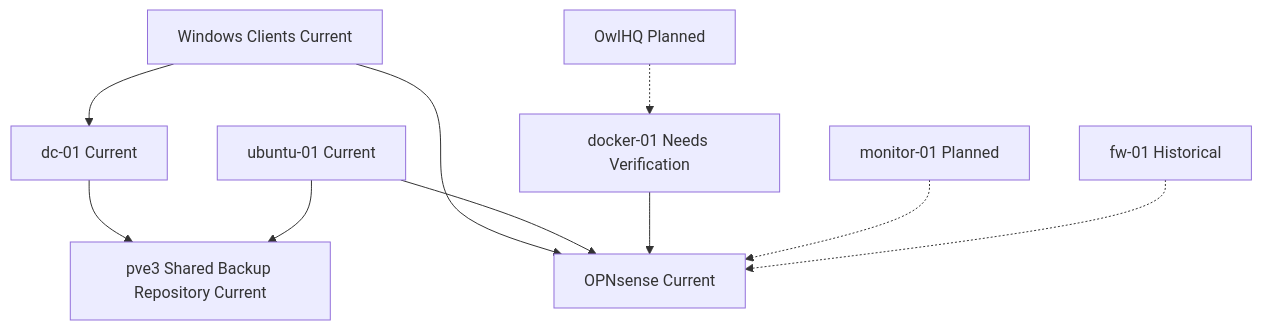
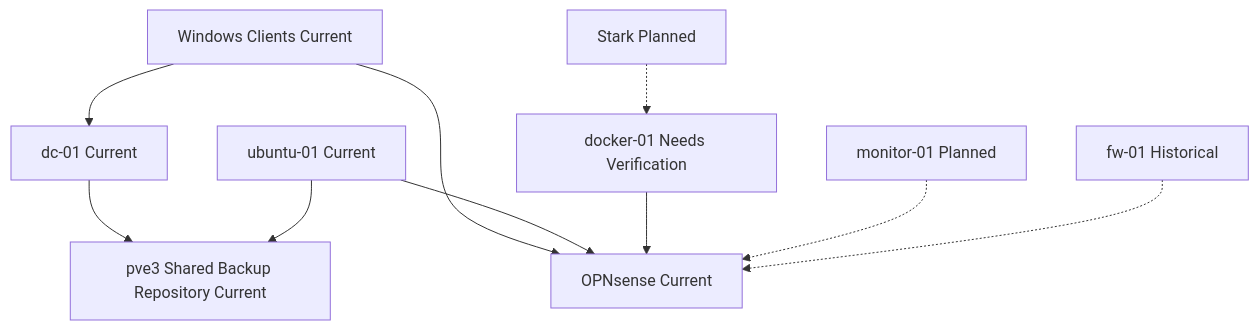
The diagram in docs/diagrams/service-relationships.md (williamlim-1/Homelab), drawn with Mermaid before and after one commit. The commit also changed other lines of this file and 4 other files, not shown here.

Commit message:
Rename OwlHQ to Stark across documentation

````diff
--- a/docs/diagrams/service-relationships.md
+++ b/docs/diagrams/service-relationships.md
@@ -21,22 +21,22 @@
 ```mermaid
 flowchart TB
     AD[dc-01 Current]
     Win[Windows Clients Current]
     Lin[ubuntu-01 Current]
     Dock[docker-01 Needs Verification]
     Mon[monitor-01 Planned]
-    Owl[OwlHQ Planned]
+    Stark[Stark Planned]
     Backup[pve3 Shared Backup Repository Current]
     FW[OPNsense Current]
     Legacy[fw-01 Historical]
 
     Win --> AD
     Win --> FW
     Lin --> FW
     Dock --> FW
     AD --> Backup
     Lin --> Backup
     Mon -.-> FW
-    Owl -.-> Dock
+    Stark -.-> Dock
     Legacy -.-> FW
 ```
````
